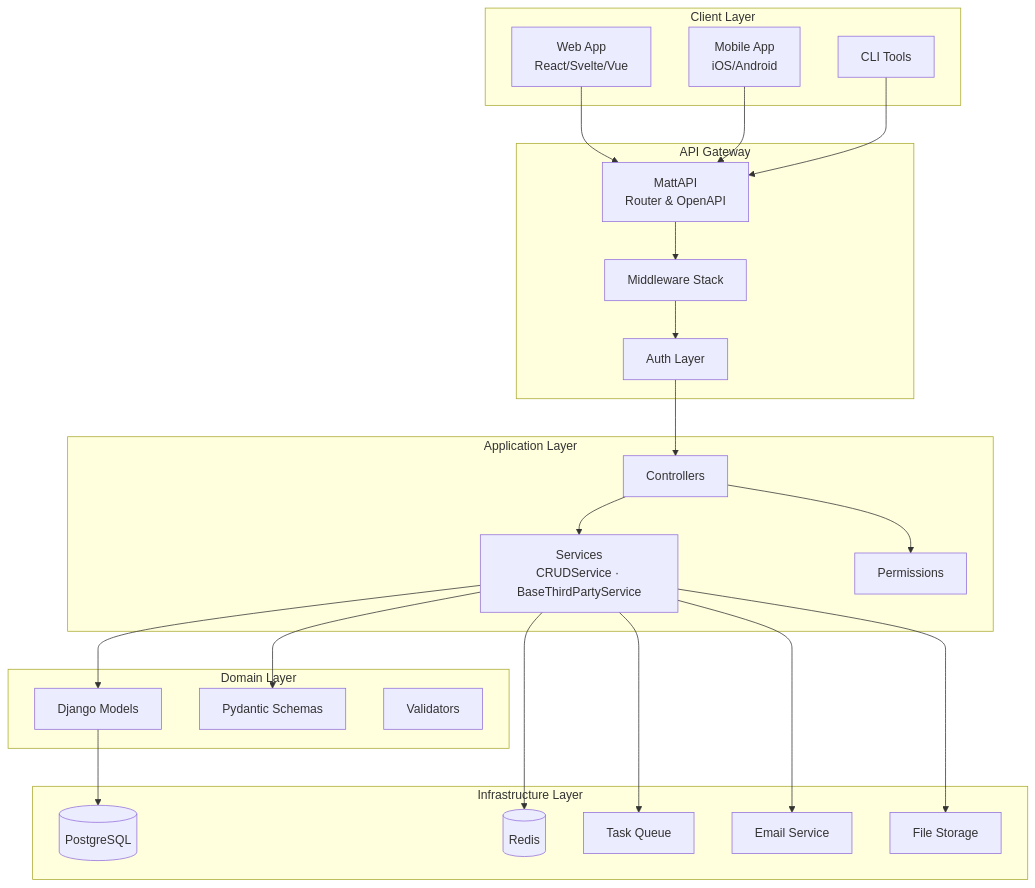
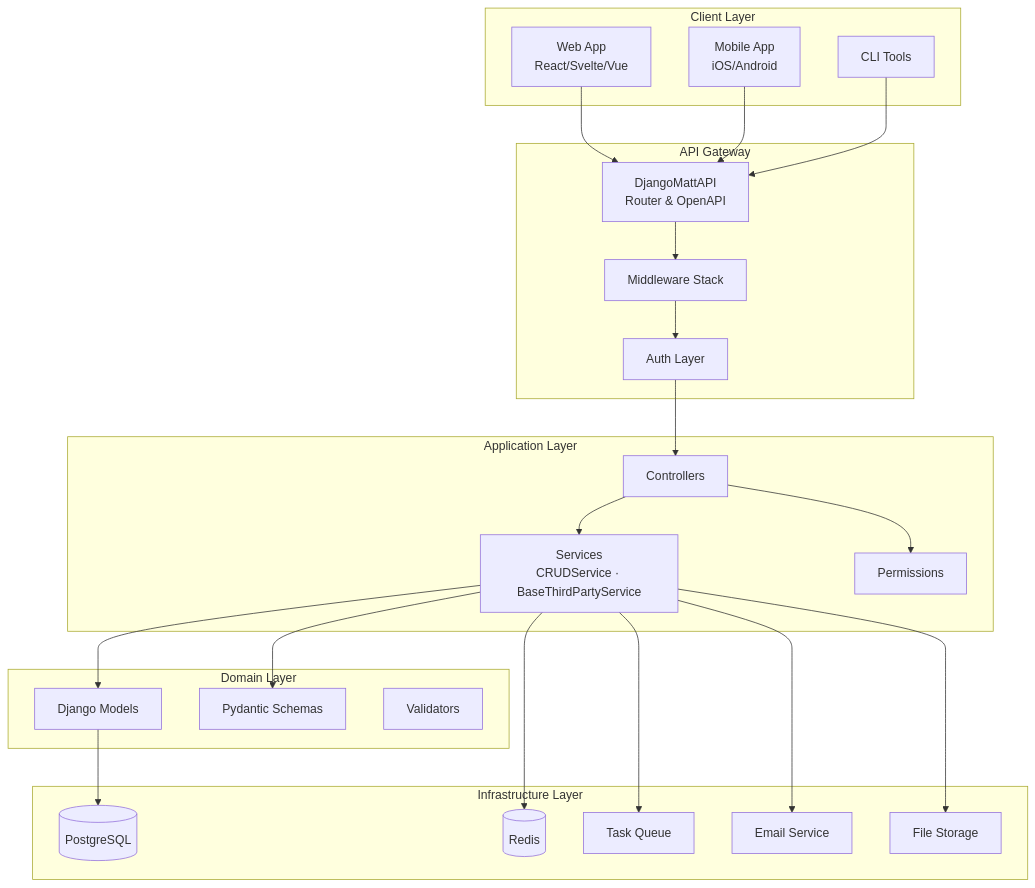
The first of 4 diagrams in docs/architecture/overview.md (mattjaikaran/django-matt), drawn with Mermaid before and after one commit. The commit also changed other lines of this file and 122 other files, not shown here.

First line of the commit message:
refactor: rename MattAPI to DjangoMattAPI, update controller docs

````diff
--- a/docs/architecture/overview.md
+++ b/docs/architecture/overview.md
@@ -7,53 +7,53 @@
 ```mermaid
 graph TB
     subgraph "Client Layer"
         WEB[Web App<br/>React/Svelte/Vue]
         MOBILE[Mobile App<br/>iOS/Android]
         CLI[CLI Tools]
     end
 
     subgraph "API Gateway"
-        API[MattAPI<br/>Router & OpenAPI]
+        API[DjangoMattAPI<br/>Router & OpenAPI]
         MW[Middleware Stack]
         AUTH[Auth Layer]
     end
 
     subgraph "Application Layer"
         CTRL[Controllers]
         SVC[Services<br/>CRUDService · BaseThirdPartyService]
         PERM[Permissions]
     end
 
     subgraph "Domain Layer"
         MODELS[Django Models]
         SCHEMAS[Pydantic Schemas]
         VALIDATORS[Validators]
     end
 
     subgraph "Infrastructure Layer"
         DB[(PostgreSQL)]
         CACHE[(Redis)]
         QUEUE[Task Queue]
         EMAIL[Email Service]
         STORAGE[File Storage]
     end
 
     WEB --> API
     MOBILE --> API
     CLI --> API
 
     API --> MW
     MW --> AUTH
     AUTH --> CTRL
 
     CTRL --> SVC
     CTRL --> PERM
     SVC --> MODELS
     SVC --> SCHEMAS
 
     MODELS --> DB
     SVC --> CACHE
     SVC --> QUEUE
     SVC --> EMAIL
     SVC --> STORAGE
 ```
````
